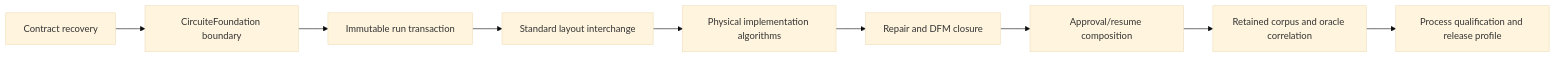
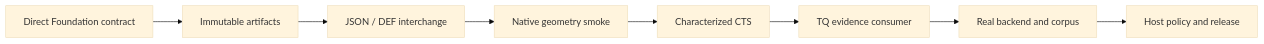
The diagram in MILESTONES.md (1amageek/PhysicalDesignEngine), drawn with Mermaid (base theme) before and after one commit. The commit also changed other lines of this file and 52 other files, not shown here.

Commit message:
Strengthen native physical design evidence

````diff
--- a/MILESTONES.md
+++ b/MILESTONES.md
@@ -5,11 +3,10 @@
 ```mermaid
 flowchart LR
-  M0[Contract recovery] --> M05[CircuiteFoundation boundary]
-  M05 --> M1[Immutable run transaction]
-  M1 --> M2[Standard layout interchange]
-  M2 --> M3[Physical implementation algorithms]
-  M3 --> M4[Repair and DFM closure]
-  M4 --> M5[Approval/resume composition]
-  M5 --> M6[Retained corpus and oracle correlation]
-  M6 --> M7[Process qualification and release profile]
+  M0["Direct Foundation contract"] --> M1["Immutable artifacts"]
+  M1 --> M2["JSON / DEF interchange"]
+  M2 --> M3["Native geometry smoke"]
+  M3 --> M4["Characterized CTS"]
+  M4 --> M5["TQ evidence consumer"]
+  M5 --> M6["Real backend and corpus"]
+  M6 --> M7["Host policy and release"]
 ```
````
